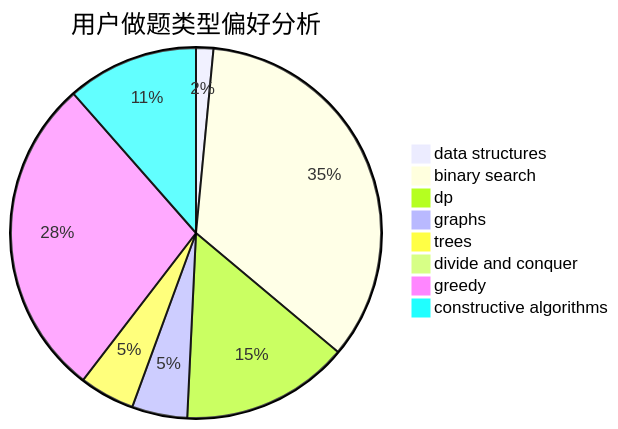
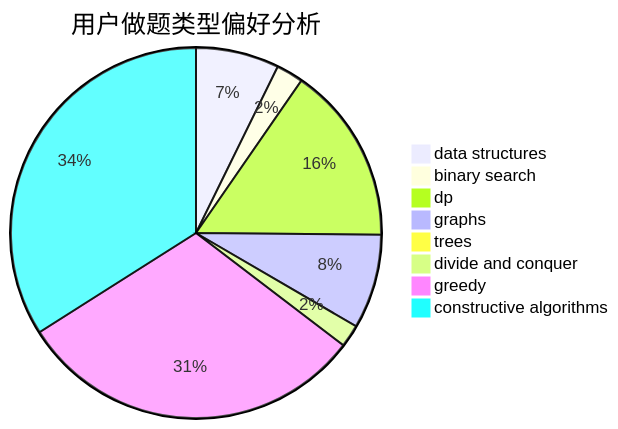
One commit to sherpahu/cfrs.github.io changed the second of 3 diagrams in docs/user/u1448.md. Above: the diagram before and after it, drawn with Mermaid. The commit also changed other lines of this file and 2770 other files, not shown here.

````diff
--- a/docs/user/u1448.md
+++ b/docs/user/u1448.md
@@ -23,11 +23,11 @@
 ```mermaid
 pie title 用户做题类型偏好分析
-    "data structures" :  10
-    "binary search" :  229
-    "dp" :  97
-    "graphs" :  32
-    "trees" :  32
-    "divide and conquer" :  0
-    "greedy" :  186
-    "constructive algorithms" :  76
+    "data structures" :  37
+    "binary search" :  12
+    "dp" :  79
+    "graphs" :  42
+    "trees" :  0
+    "divide and conquer" :  10
+    "greedy" :  156
+    "constructive algorithms" :  173
 ```
````
